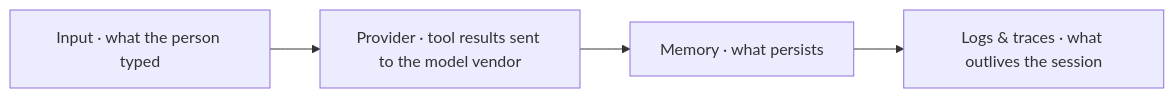
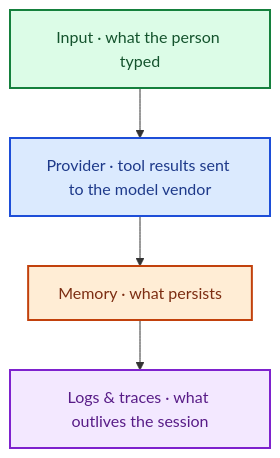
One commit to kk-engineer/robosathi changed the second of 4 diagrams in content/en/docs/agentic_ai/agent_security_principles.md. Above: the diagram before and after it, drawn with Mermaid. The commit also changed other lines of this file and 15 other files, not shown here.

First line of the commit message:
perf: Lighter pages and on-demand loading; legible flow diagrams

````diff
--- a/content/en/docs/agentic_ai/agent_security_principles.md
+++ b/content/en/docs/agentic_ai/agent_security_principles.md
@@ -98,4 +98,14 @@
 ```mermaid
-graph LR
+graph TD
     I["Input · what the person typed"] --> P["Provider · tool results sent to the model vendor"] --> M["Memory · what persists"] --> L["Logs & traces · what outlives the session"]
+    classDef c1 fill:#dcfce7,stroke:#15803d,stroke-width:2px,color:#14532d
+    classDef c2 fill:#dbeafe,stroke:#1d4ed8,stroke-width:2px,color:#1e3a8a
+    classDef c3 fill:#ffedd5,stroke:#c2410c,stroke-width:2px,color:#7c2d12
+    classDef c4 fill:#f3e8ff,stroke:#7e22ce,stroke-width:2px,color:#581c87
+    classDef c5 fill:#fee2e2,stroke:#b91c1c,stroke-width:2px,color:#7f1d1d
+    classDef c6 fill:#ccfbf1,stroke:#0f766e,stroke-width:2px,color:#134e4a
+    class I c1
+    class P c2
+    class M c3
+    class L c4
 ```
````
